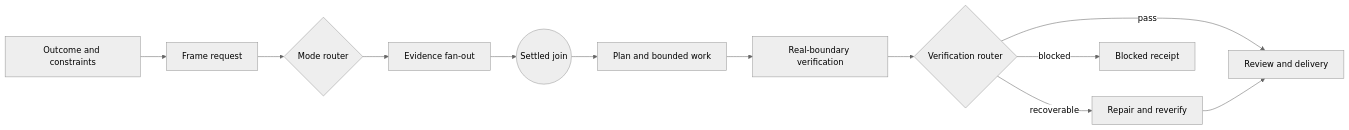
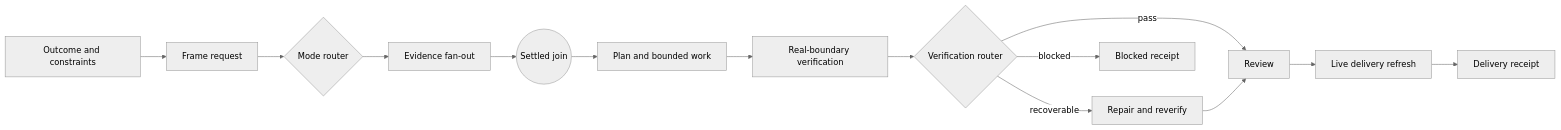
The first of 4 diagrams in README.md (deepujain/skippy), drawn with Mermaid before and after one commit. The commit also changed other lines of this file and 6 other files, not shown here.

Commit message:
Enforce delivery-boundary state refresh

````diff
--- a/README.md
+++ b/README.md
@@ -42,15 +42,17 @@
 ```mermaid
 %%{init: {'theme':'neutral'}}%%
 flowchart LR
   A["Outcome and constraints"] --> B["Frame request"]
   B --> C{"Mode router"}
   C --> D["Evidence fan-out"]
   D --> E(("Settled join"))
   E --> F["Plan and bounded work"]
   F --> G["Real-boundary verification"]
   G --> H{"Verification router"}
-  H -->|pass| I["Review and delivery"]
+  H -->|pass| I["Review"]
   H -->|recoverable| J["Repair and reverify"]
   H -->|blocked| K["Blocked receipt"]
   J --> I
+  I --> L["Live delivery refresh"]
+  L --> M["Delivery receipt"]
 ```
````
